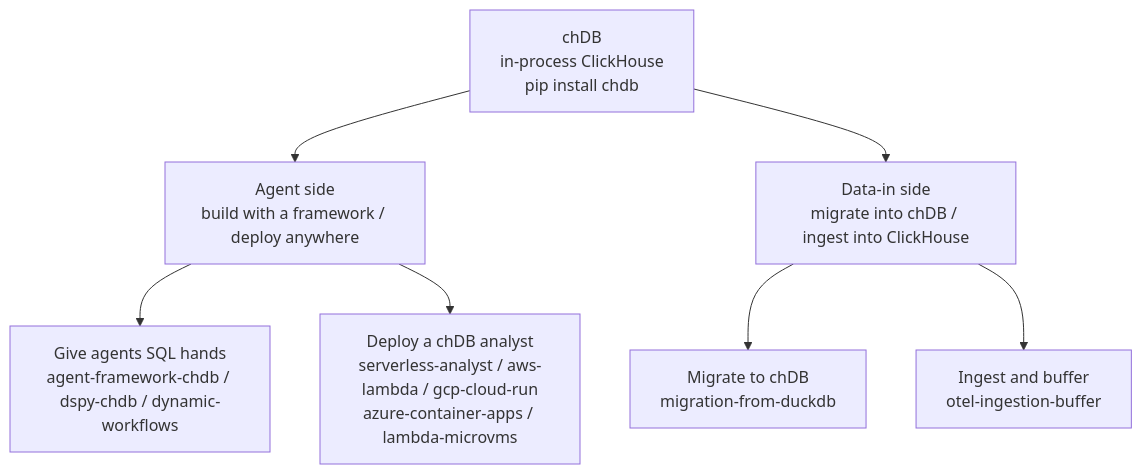
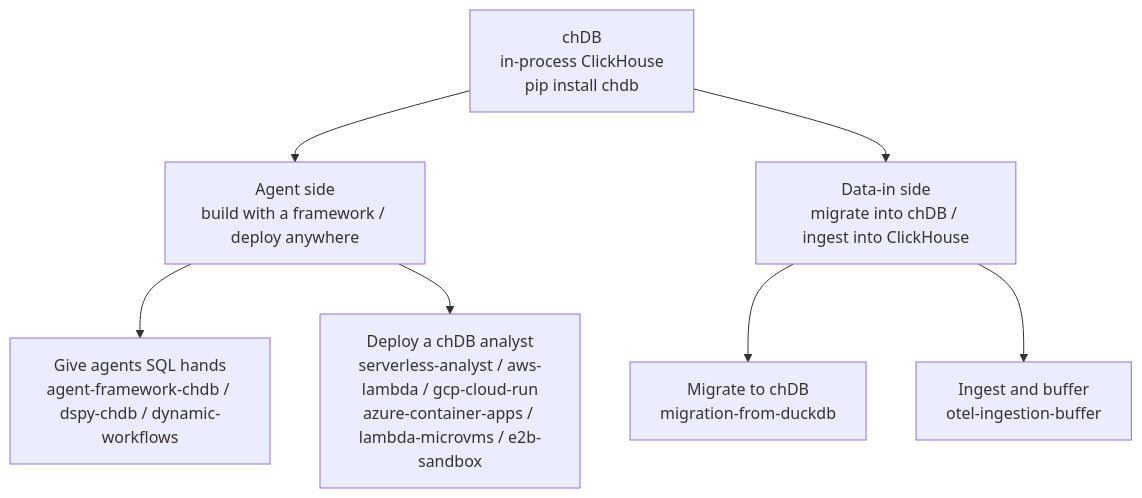
One commit to chdb-io/cookbook changed the first of 2 diagrams in README.md. Above: the diagram before and after it, drawn with Mermaid. The commit also changed other lines of this file and 4 other files, not shown here.

First line of the commit message:
Add E2B sandbox recipe: stateful chDB inside an agent sandbox (#20)

````diff
--- a/README.md
+++ b/README.md
@@ -11,12 +11,12 @@
 ```mermaid
 flowchart TB
     Engine["chDB<br/>in-process ClickHouse<br/>pip install chdb"]
 
     Engine --> AgentSide["Agent side<br/>build with a framework / deploy anywhere"]
     Engine --> DataSide["Data-in side<br/>migrate into chDB / ingest into ClickHouse"]
 
     AgentSide --> Build["Give agents SQL hands<br/>agent-framework-chdb / dspy-chdb / dynamic-workflows"]
-    AgentSide --> Deploy["Deploy a chDB analyst<br/>serverless-analyst / aws-lambda / gcp-cloud-run<br/>azure-container-apps / lambda-microvms"]
+    AgentSide --> Deploy["Deploy a chDB analyst<br/>serverless-analyst / aws-lambda / gcp-cloud-run<br/>azure-container-apps / lambda-microvms / e2b-sandbox"]
     DataSide --> Migrate["Migrate to chDB<br/>migration-from-duckdb"]
     DataSide --> Ingest["Ingest and buffer<br/>otel-ingestion-buffer"]
 ```
````
